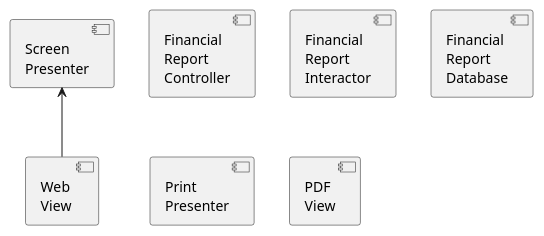
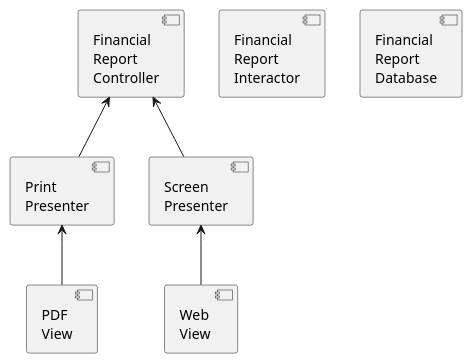
One commit to huland/logseq-notes changed the fourth of 4 diagrams in pages/Robert C. Martin - Clean Architecture A Craftsman's Guide to Software Structure and Design.md. Above: the diagram before and after it, drawn with PlantUML.

Commit message:
Auto saved by Logseq

```diff
--- a/pages/Robert C. Martin - Clean Architecture A Craftsman's Guide to Software Structure and Design.md
+++ b/pages/Robert C. Martin - Clean Architecture A Craftsman's Guide to Software Structure and Design.md
@@ -298,14 +298,15 @@
 					  @startuml
 					  
 					  component "Financial \nReport \nController" as financial_report_controller
 					   component "Financial \nReport \nInteractor" as financial_report_interactor
 					   component "Financial \nReport \nDatabase" as financial_report_database
 					   component "Screen \nPresenter" as screen_presenter
 					   component "Print \nPresenter" as print_presenter
 					   component "Web \nView" as web_view
 					   component "PDF \nView" as pdf_view
 					   
 					  web_view -u-> screen_presenter
-					  
-					  
+					  pdf_view -u-> print_presenter
+					  screen_presenter -u-> financial_report_controller
+					  print_presenter -u-> financial_report_controller
 					  @enduml
```
